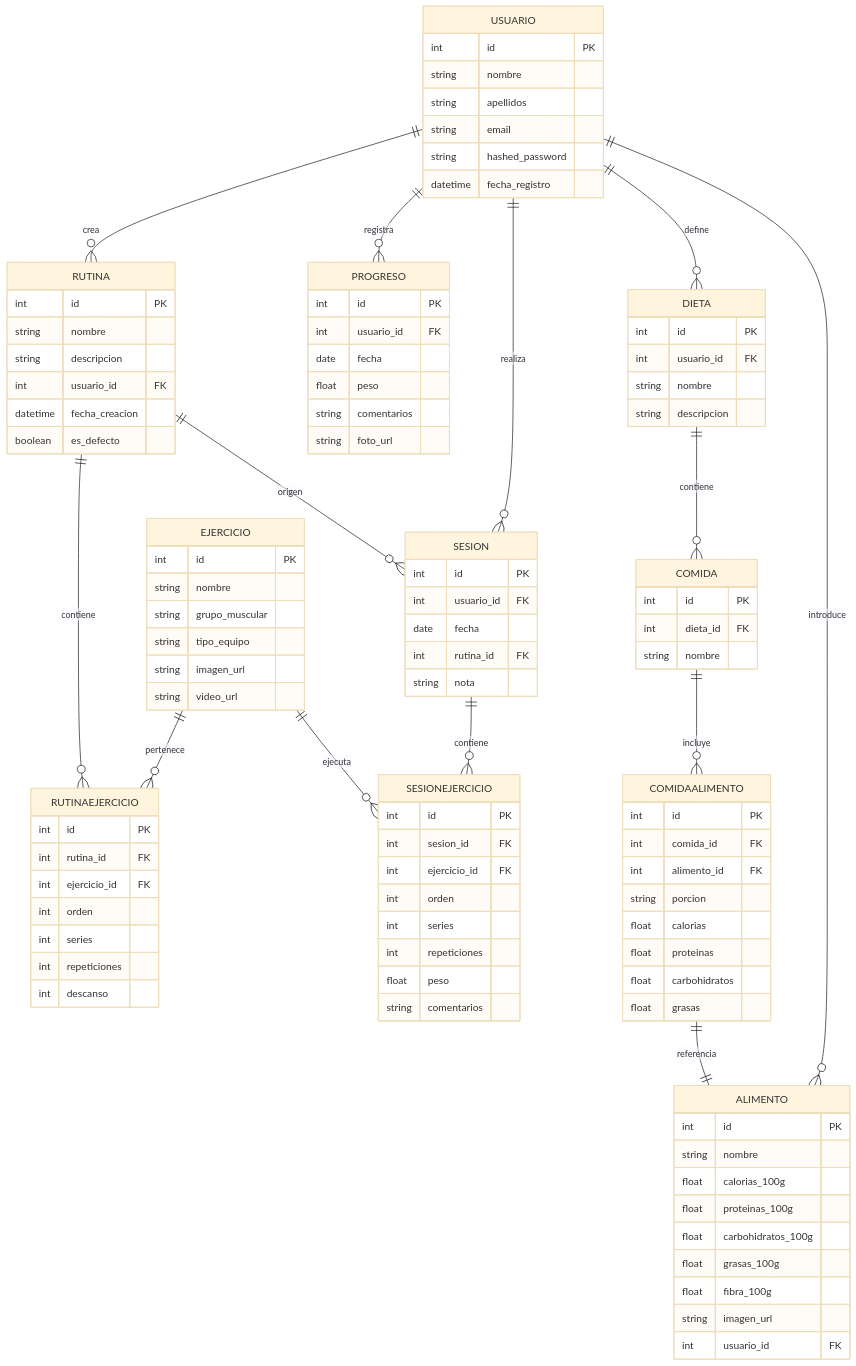
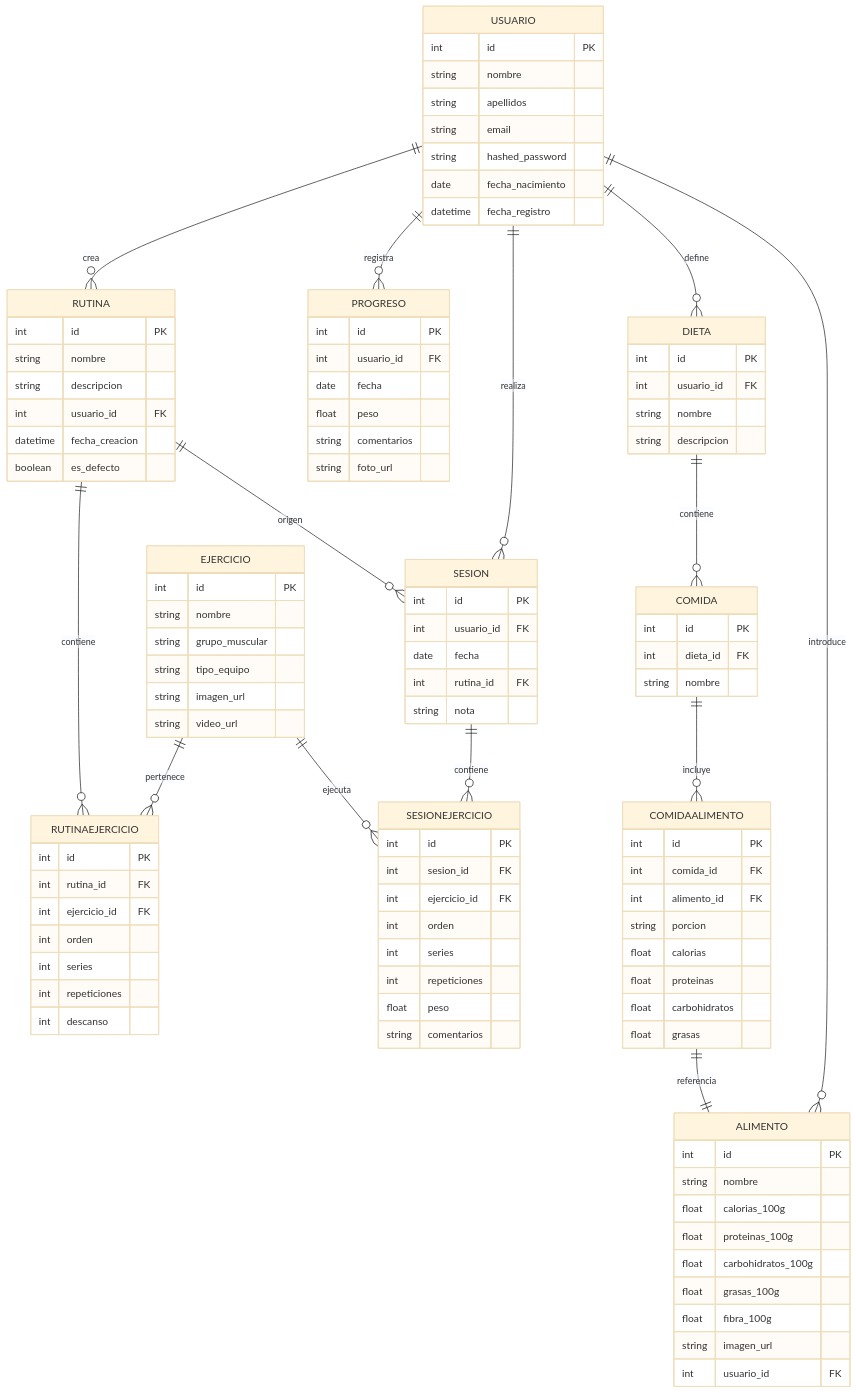
Before and after one commit to asantosc2/web-fitness: the diagram in README.md, drawn with Mermaid. The commit also changed other lines of this file and 3 other files, not shown here.

```diff
--- a/README.md
+++ b/README.md
@@ -133,6 +128,7 @@
         string apellidos
         string email
         string hashed_password
+        date fecha_nacimiento
         datetime fecha_registro
     }
 
```
